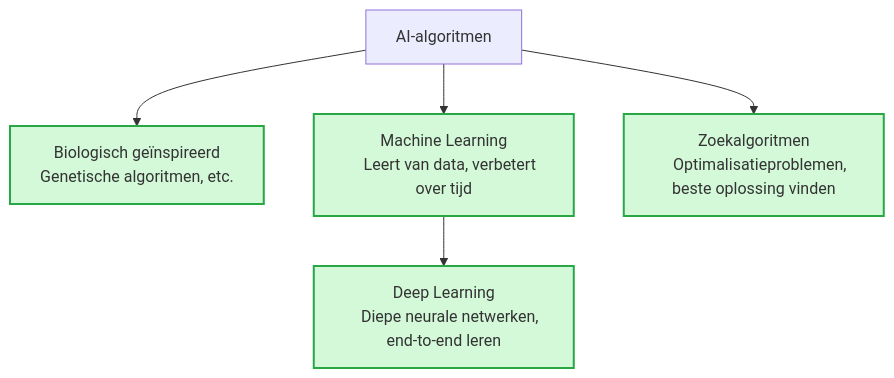
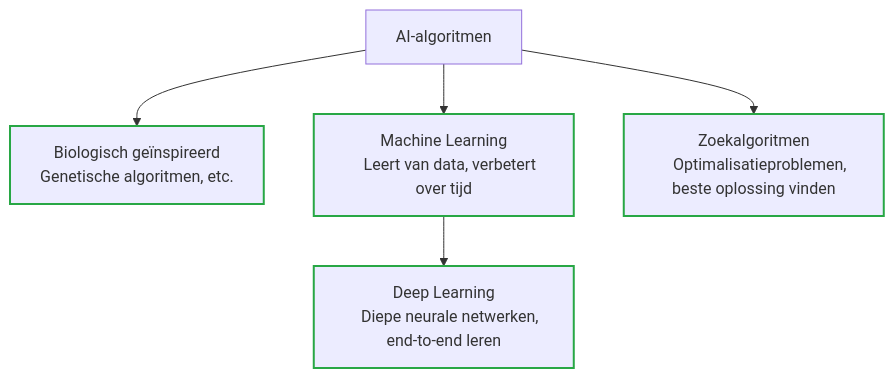
One commit to kyell182/samenvattingen changed the fifth of 12 diagrams in 2 de jaar/AI Programming/sammenvating.md. Above: the diagram before and after it, drawn with Mermaid. The commit also changed other lines of this file and 6 other files, not shown here.

````diff
--- a/2 de jaar/AI Programming/sammenvating.md
+++ b/2 de jaar/AI Programming/sammenvating.md
@@ -227,15 +227,15 @@
 ```mermaid
 flowchart TD
     AI[AI-algoritmen] --> BIO[Biologisch geïnspireerd
     Genetische algoritmen, etc.]
     AI --> ML[Machine Learning
     Leert van data, verbetert over tijd]
     ML --> DL[Deep Learning
     Diepe neurale netwerken, end-to-end leren]
     AI --> SEARCH[Zoekalgoritmen
     Optimalisatieproblemen, beste oplossing vinden]
     
     %% Styling voor duidelijkheid
     class BIO,ML,DL,SEARCH aiType
-    classDef aiType fill:#d3f9d8,stroke:#28a745,stroke-width:2px
+    classDef aiType stroke:#28a745,stroke-width:2px
 ```
````
